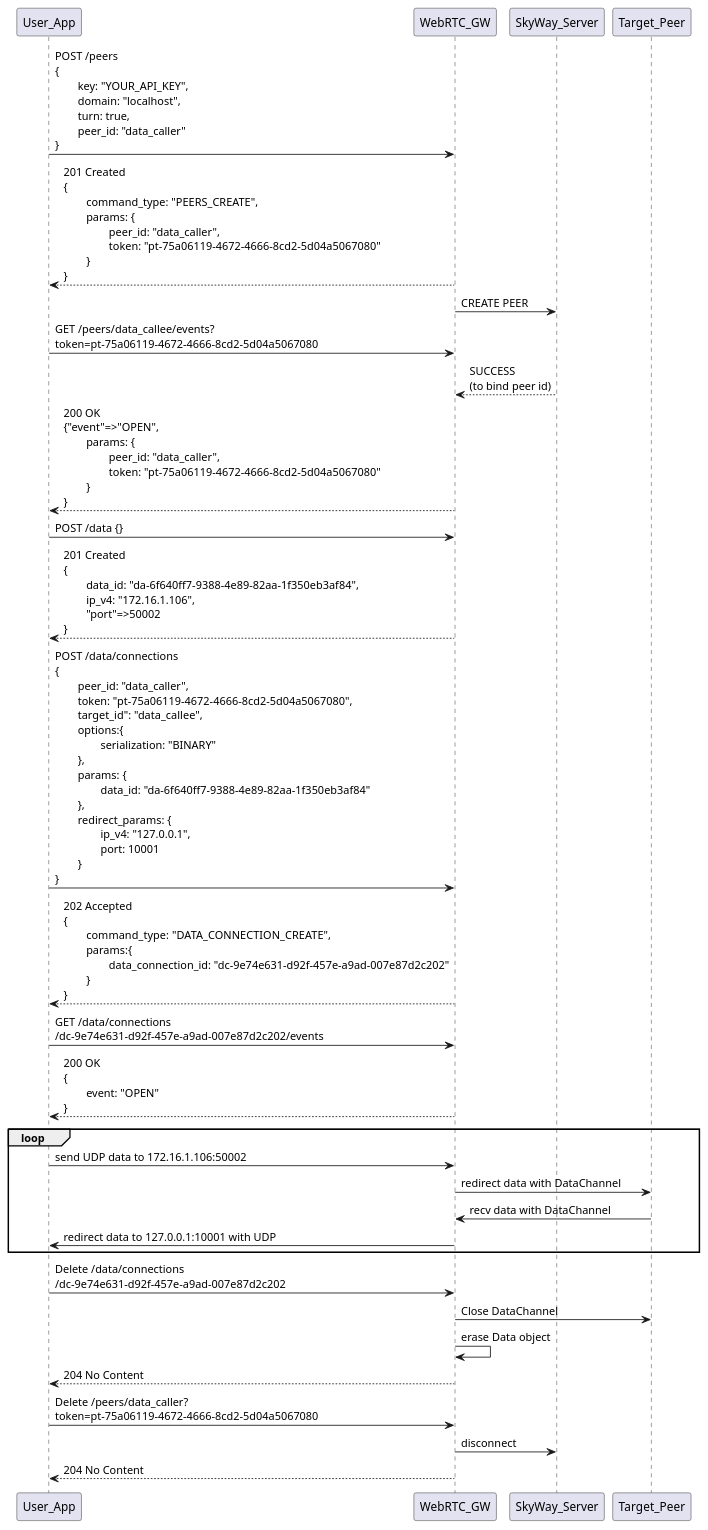
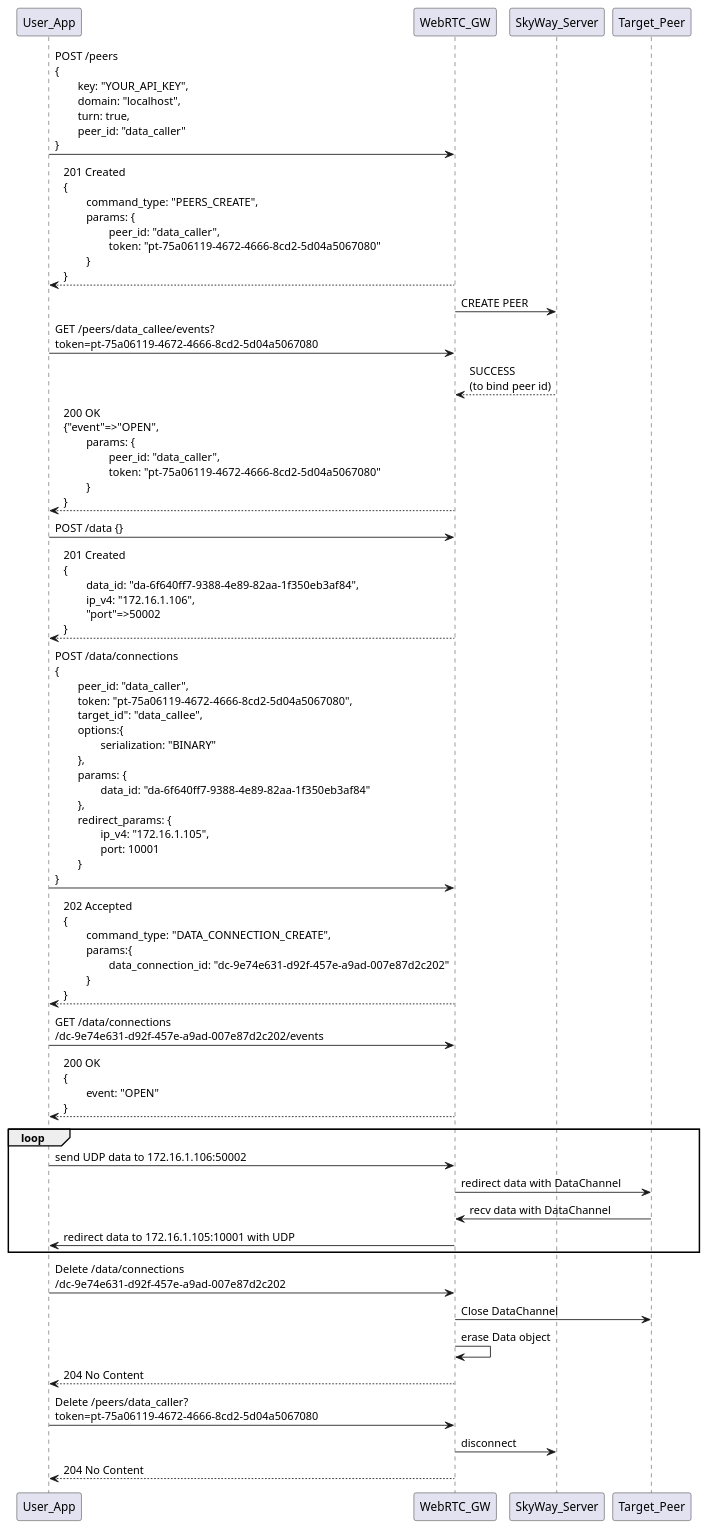
Before and after one commit to skyway/skyway-webrtc-gateway: the diagram in sequence/data_connect.pu, drawn with PlantUML. The commit also changed 7 other files, not shown here.

```diff
--- a/sequence/data_connect.pu
+++ b/sequence/data_connect.pu
@@ -1,34 +1,34 @@
 @startuml
 
 User_App -> WebRTC_GW: POST /peers \n{\n\tkey: "YOUR_API_KEY",\n\tdomain: "localhost",\n\tturn: true,\n\tpeer_id: "data_caller"\n}
 WebRTC_GW --> User_App: 201 Created\n{\n\tcommand_type: "PEERS_CREATE", \n\tparams: {\n\t\tpeer_id: "data_caller", \n\t\ttoken: "pt-75a06119-4672-4666-8cd2-5d04a5067080"\n\t}\n}
 
 WebRTC_GW -> SkyWay_Server: CREATE PEER
 User_App -> WebRTC_GW: GET /peers/data_callee/events?\ntoken=pt-75a06119-4672-4666-8cd2-5d04a5067080
 SkyWay_Server --> WebRTC_GW: SUCCESS\n(to bind peer id)
 WebRTC_GW --> User_App: 200 OK\n{"event"=>"OPEN",\n\tparams: {\n\t\tpeer_id: "data_caller", \n\t\ttoken: "pt-75a06119-4672-4666-8cd2-5d04a5067080"\n\t}\n}
 
 User_App -> WebRTC_GW: POST /data {}
 WebRTC_GW --> User_App: 201 Created\n{\n\tdata_id: "da-6f640ff7-9388-4e89-82aa-1f350eb3af84",\n\tip_v4: "172.16.1.106",\n\t"port"=>50002\n}
 
-User_App -> WebRTC_GW: POST /data/connections\n{\n\tpeer_id: "data_caller",\n\ttoken: "pt-75a06119-4672-4666-8cd2-5d04a5067080",\n\ttarget_id": "data_callee",\n\toptions:{\n\t\tserialization: "BINARY"\n\t},\n\tparams: {\n\t\tdata_id: "da-6f640ff7-9388-4e89-82aa-1f350eb3af84"\n\t},\n\tredirect_params: {\n\t\tip_v4: "127.0.0.1",\n\t\tport: 10001\n\t}\n}
+User_App -> WebRTC_GW: POST /data/connections\n{\n\tpeer_id: "data_caller",\n\ttoken: "pt-75a06119-4672-4666-8cd2-5d04a5067080",\n\ttarget_id": "data_callee",\n\toptions:{\n\t\tserialization: "BINARY"\n\t},\n\tparams: {\n\t\tdata_id: "da-6f640ff7-9388-4e89-82aa-1f350eb3af84"\n\t},\n\tredirect_params: {\n\t\tip_v4: "172.16.1.105",\n\t\tport: 10001\n\t}\n}
 WebRTC_GW --> User_App: 202 Accepted\n{\n\tcommand_type: "DATA_CONNECTION_CREATE", \n\tparams:{ \n\t\tdata_connection_id: "dc-9e74e631-d92f-457e-a9ad-007e87d2c202"\n\t}\n}
 
 User_App -> WebRTC_GW: GET /data/connections\n/dc-9e74e631-d92f-457e-a9ad-007e87d2c202/events
 WebRTC_GW --> User_App: 200 OK\n{\n\tevent: "OPEN"\n}
 
 loop
 User_App -> WebRTC_GW: send UDP data to 172.16.1.106:50002
 WebRTC_GW -> Target_Peer: redirect data with DataChannel
 Target_Peer -> WebRTC_GW: recv data with DataChannel
-WebRTC_GW -> User_App: redirect data to 127.0.0.1:10001 with UDP
+WebRTC_GW -> User_App: redirect data to 172.16.1.105:10001 with UDP
 end
 
 User_App -> WebRTC_GW: Delete /data/connections\n/dc-9e74e631-d92f-457e-a9ad-007e87d2c202
 WebRTC_GW -> Target_Peer: Close DataChannel
 WebRTC_GW -> WebRTC_GW: erase Data object
 WebRTC_GW --> User_App: 204 No Content
 User_App -> WebRTC_GW: Delete /peers/data_caller?\ntoken=pt-75a06119-4672-4666-8cd2-5d04a5067080
 WebRTC_GW -> SkyWay_Server: disconnect
 WebRTC_GW --> User_App: 204 No Content
 @enduml
```
